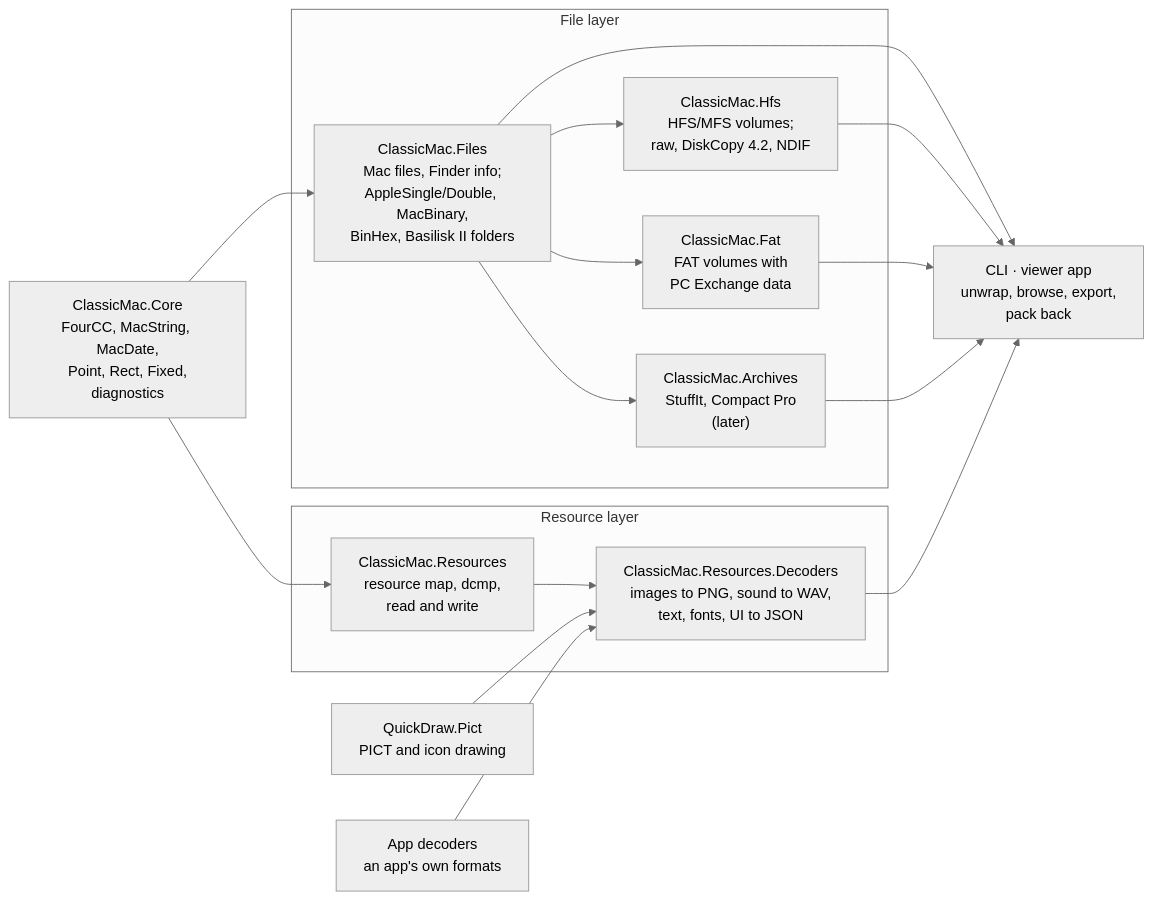
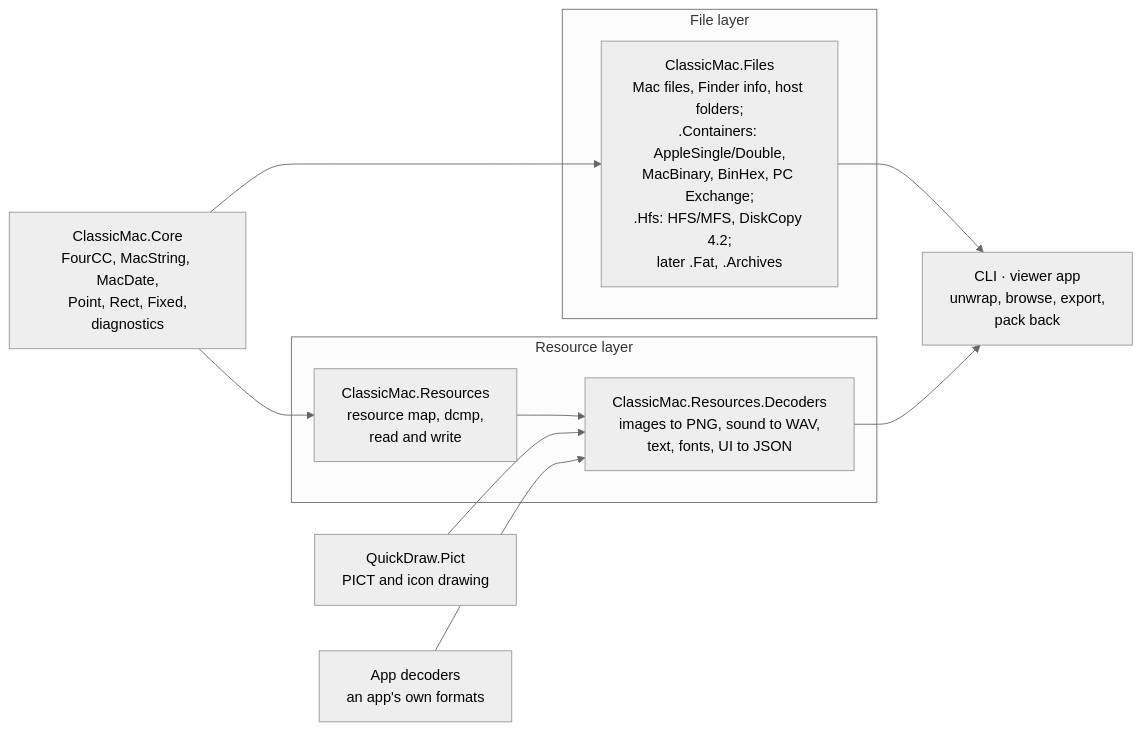
One commit to inexin/ClassicMac changed the diagram in docs/PLAN.md. Above: the diagram before and after it, drawn with Mermaid (neutral theme). The commit also changed other lines of this file and 13 other files, not shown here.

````diff
--- a/docs/PLAN.md
+++ b/docs/PLAN.md
@@ -276,21 +276,17 @@
 ```mermaid
 flowchart LR
     B["ClassicMac.Core<br/>FourCC, MacString, MacDate,<br/>Point, Rect, Fixed,<br/>diagnostics"]
     subgraph filelayer["File layer"]
-        F["ClassicMac.Files<br/>Mac files, Finder info;<br/>AppleSingle/Double, MacBinary,<br/>BinHex, Basilisk II folders"]
-        H["ClassicMac.Hfs<br/>HFS/MFS volumes;<br/>raw, DiskCopy 4.2, NDIF"]
-        T["ClassicMac.Fat<br/>FAT volumes with<br/>PC Exchange data"]
-        R["ClassicMac.Archives<br/>StuffIt, Compact Pro<br/>(later)"]
+        F["ClassicMac.Files<br/>Mac files, Finder info, host folders;<br/>.Containers: AppleSingle/Double,<br/>MacBinary, BinHex, PC Exchange;<br/>.Hfs: HFS/MFS, DiskCopy 4.2;<br/>later .Fat, .Archives"]
     end
     subgraph resourcelayer["Resource layer"]
         M["ClassicMac.Resources<br/>resource map, dcmp,<br/>read and write"]
         D["ClassicMac.Resources.Decoders<br/>images to PNG, sound to WAV,<br/>text, fonts, UI to JSON"]
     end
     E["CLI · viewer app<br/>unwrap, browse, export,<br/>pack back"]
     B --> F & M
-    F --> H & T & R
     M --> D
-    F & H & T & R & D --> E
+    F & D --> E
     Q["QuickDraw.Pict<br/>PICT and icon drawing"] --> D
     A["App decoders<br/>an app's own formats"] --> D
 ```
````
